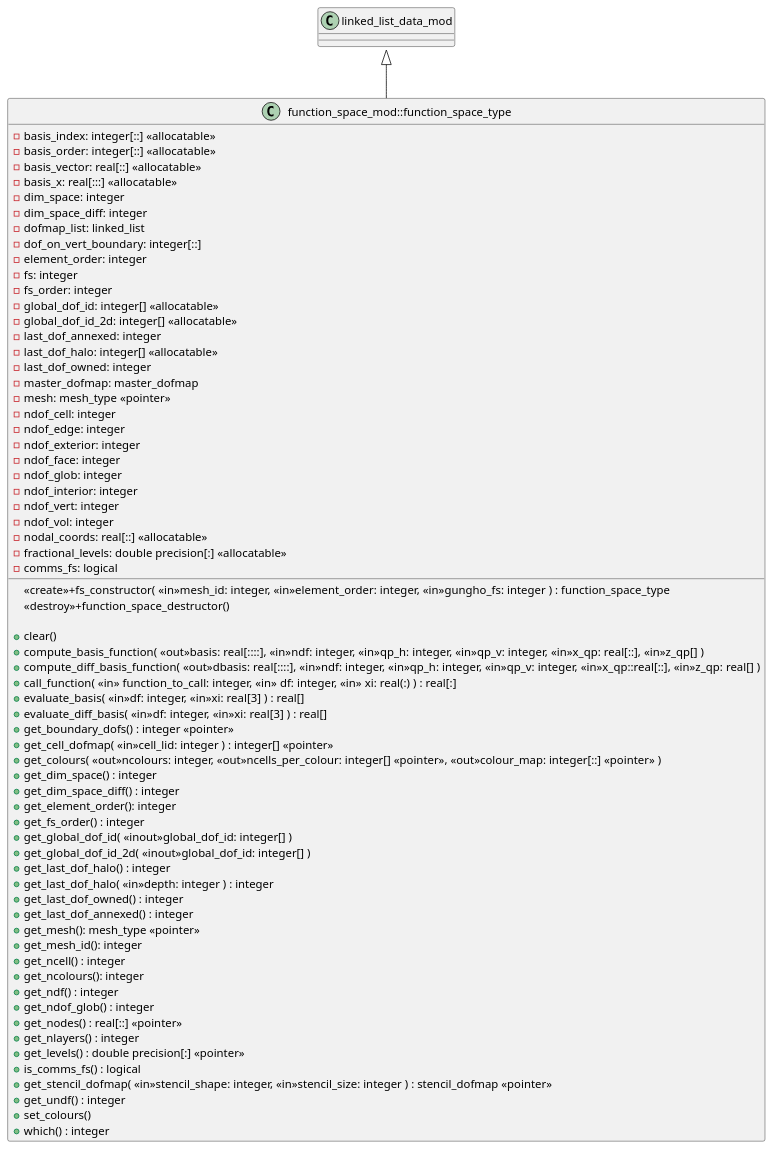
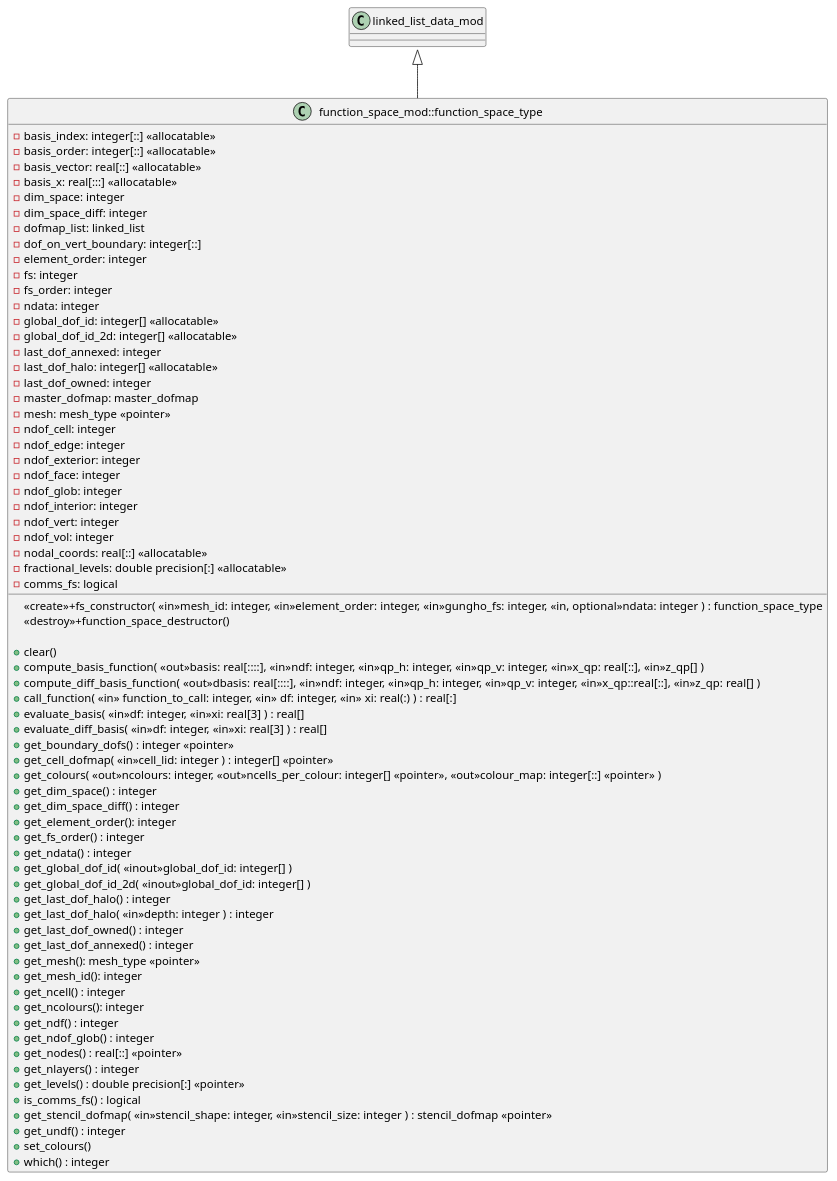
One commit to MetOffice/lfric_core changed the diagram in infrastructure/documentation/uml/field/function_space_mod.iuml. Above: the diagram before and after it, drawn with PlantUML. The commit also changed 7 other files, not shown here.

```diff
--- a/infrastructure/documentation/uml/field/function_space_mod.iuml
+++ b/infrastructure/documentation/uml/field/function_space_mod.iuml
@@ -1,74 +1,76 @@
 ' Copyright (c) 2017,  Met Office, on behalf of HMSO and Queen's Printer
 ' For further details please refer to the file LICENCE.original which you
 ' should have received as part of this distribution.
 
 class function_space_mod::function_space_type {
     -basis_index: integer[::] <<allocatable>>
     -basis_order: integer[::] <<allocatable>>
     -basis_vector: real[::] <<allocatable>>
     -basis_x: real[:::] <<allocatable>>
     -dim_space: integer
     -dim_space_diff: integer
     -dofmap_list: linked_list
     -dof_on_vert_boundary: integer[::]
     -element_order: integer
     -fs: integer
     -fs_order: integer
+    -ndata: integer
     -global_dof_id: integer[] <<allocatable>>
     -global_dof_id_2d: integer[] <<allocatable>>
     -last_dof_annexed: integer
     -last_dof_halo: integer[] <<allocatable>>
     -last_dof_owned: integer
     -master_dofmap: master_dofmap
     -mesh: mesh_type <<pointer>>
     -ndof_cell: integer
     -ndof_edge: integer
     -ndof_exterior: integer
     -ndof_face: integer
     -ndof_glob: integer
     -ndof_interior: integer
     -ndof_vert: integer
     -ndof_vol: integer
     -nodal_coords: real[::] <<allocatable>>
     -fractional_levels: double precision[:] <<allocatable>>
     -comms_fs: logical
 
-    <<create>>+fs_constructor( <<in>>mesh_id: integer, <<in>>element_order: integer, <<in>>gungho_fs: integer ) : function_space_type
+    <<create>>+fs_constructor( <<in>>mesh_id: integer, <<in>>element_order: integer, <<in>>gungho_fs: integer, <<in, optional>>ndata: integer ) : function_space_type
     <<destroy>>+function_space_destructor()
 
     +clear()
     +compute_basis_function( <<out>>basis: real[::::], <<in>>ndf: integer, <<in>>qp_h: integer, <<in>>qp_v: integer, <<in>>x_qp: real[::], <<in>>z_qp[] )
     +compute_diff_basis_function( <<out>>dbasis: real[::::], <<in>>ndf: integer, <<in>>qp_h: integer, <<in>>qp_v: integer, <<in>>x_qp::real[::], <<in>>z_qp: real[] )
     +call_function( <<in>> function_to_call: integer, <<in>> df: integer, <<in>> xi: real(:) ) : real[:]
     +evaluate_basis( <<in>>df: integer, <<in>>xi: real[3] ) : real[]
     +evaluate_diff_basis( <<in>>df: integer, <<in>>xi: real[3] ) : real[]
     +get_boundary_dofs() : integer <<pointer>>
     +get_cell_dofmap( <<in>>cell_lid: integer ) : integer[] <<pointer>>
     +get_colours( <<out>>ncolours: integer, <<out>>ncells_per_colour: integer[] <<pointer>>, <<out>>colour_map: integer[::] <<pointer>> )
     +get_dim_space() : integer
     +get_dim_space_diff() : integer
     +get_element_order(): integer
     +get_fs_order() : integer
+    +get_ndata() : integer
     +get_global_dof_id( <<inout>>global_dof_id: integer[] )
     +get_global_dof_id_2d( <<inout>>global_dof_id: integer[] )
     +get_last_dof_halo() : integer
     +get_last_dof_halo( <<in>>depth: integer ) : integer
     +get_last_dof_owned() : integer
     +get_last_dof_annexed() : integer
     +get_mesh(): mesh_type <<pointer>>
     +get_mesh_id(): integer
     +get_ncell() : integer
     +get_ncolours(): integer
     +get_ndf() : integer
     +get_ndof_glob() : integer
     +get_nodes() : real[::] <<pointer>>
     +get_nlayers() : integer
     +get_levels() : double precision[:] <<pointer>>
     +is_comms_fs() : logical
     +get_stencil_dofmap( <<in>>stencil_shape: integer, <<in>>stencil_size: integer ) : stencil_dofmap <<pointer>>
     +get_undf() : integer
     +set_colours()
     +which() : integer
 }
 
 linked_list_data_mod::linked_list_data_type <|-- function_space_mod::function_space_type
```
